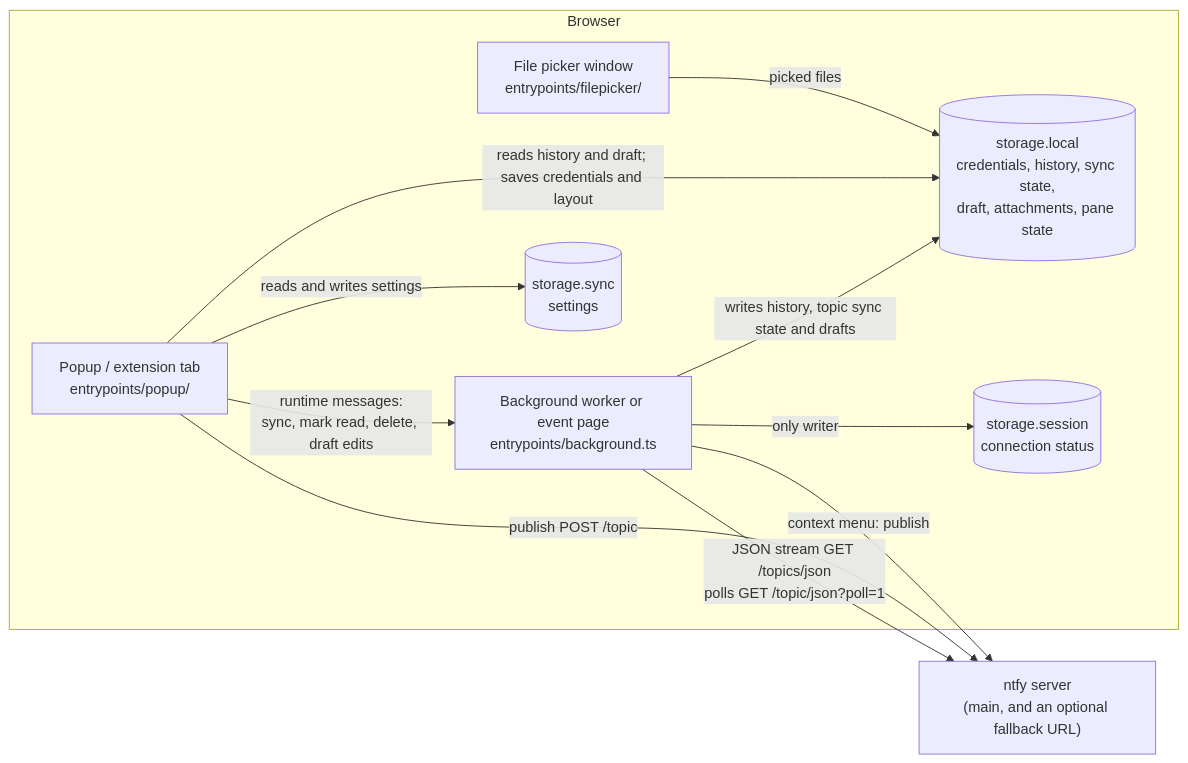
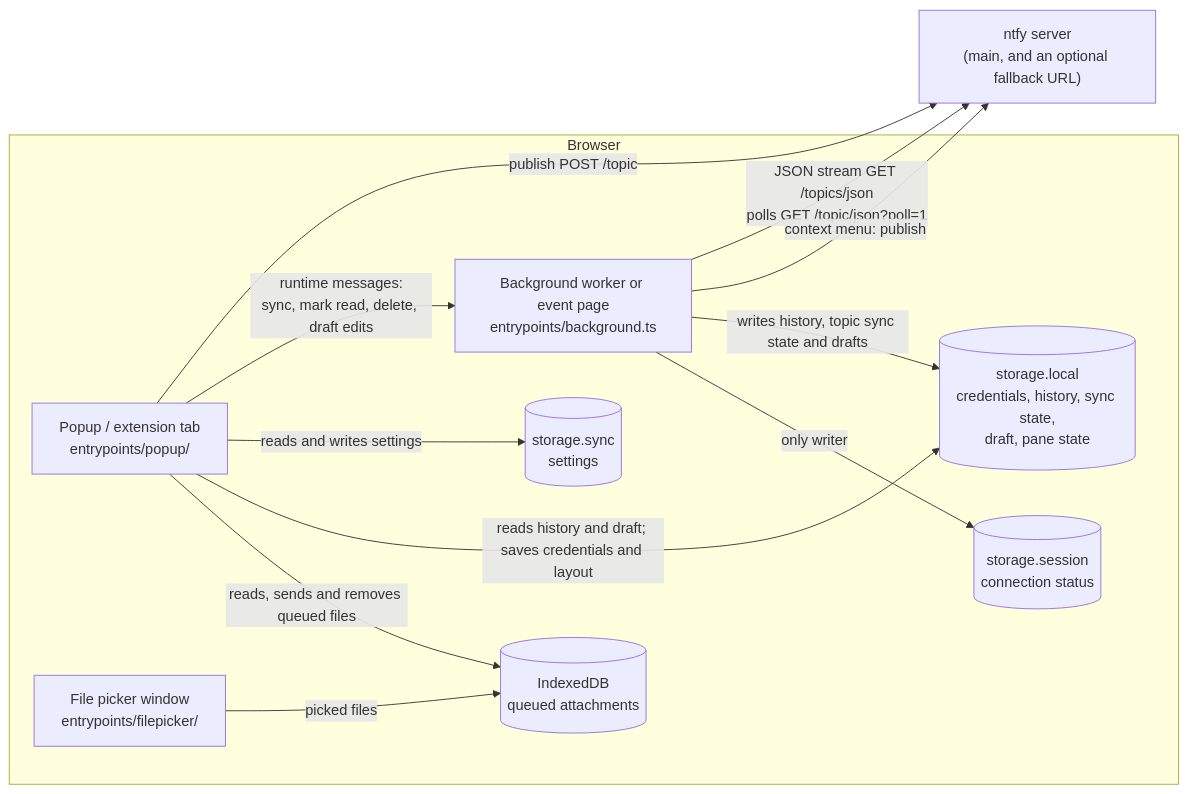
Before and after one commit to valentindimitrov/ntfy-desk: the first of 2 diagrams in ARCHITECTURE.md, drawn with Mermaid. The commit also changed other lines of this file and 31 other files, not shown here.

First line of the commit message:
Drop pre-release migrations, replace updated messages, store attachments in IndexedDB

````diff
--- a/ARCHITECTURE.md
+++ b/ARCHITECTURE.md
@@ -12,22 +12,24 @@
 ```mermaid
 flowchart LR
   subgraph Browser
     BG["Background worker or event page<br/>entrypoints/background.ts"]
     POP["Popup / extension tab<br/>entrypoints/popup/"]
     FP["File picker window<br/>entrypoints/filepicker/"]
     SYNC[("storage.sync<br/>settings")]
-    LOCAL[("storage.local<br/>credentials, history, sync state,<br/>draft, attachments, pane state")]
+    LOCAL[("storage.local<br/>credentials, history, sync state,<br/>draft, pane state")]
+    IDB[("IndexedDB<br/>queued attachments")]
     SESSION[("storage.session<br/>connection status")]
   end
   NTFY["ntfy server<br/>(main, and an optional fallback URL)"]
 
   BG -- "JSON stream GET /topics/json<br/>polls GET /topic/json?poll=1" --> NTFY
   POP -- "publish POST /topic" --> NTFY
   BG -- "context menu: publish" --> NTFY
   POP -- "runtime messages:<br/>sync, mark read, delete, draft edits" --> BG
   BG -- "writes history, topic sync state and drafts" --> LOCAL
   BG -- "only writer" --> SESSION
   POP -- "reads and writes settings" --> SYNC
   POP -- "reads history and draft; saves credentials and layout" --> LOCAL
-  FP -- "picked files" --> LOCAL
+  FP -- "picked files" --> IDB
+  POP -- "reads, sends and removes queued files" --> IDB
 ```
````
